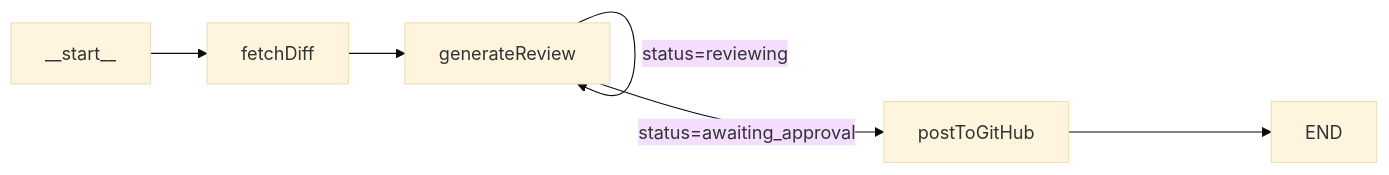
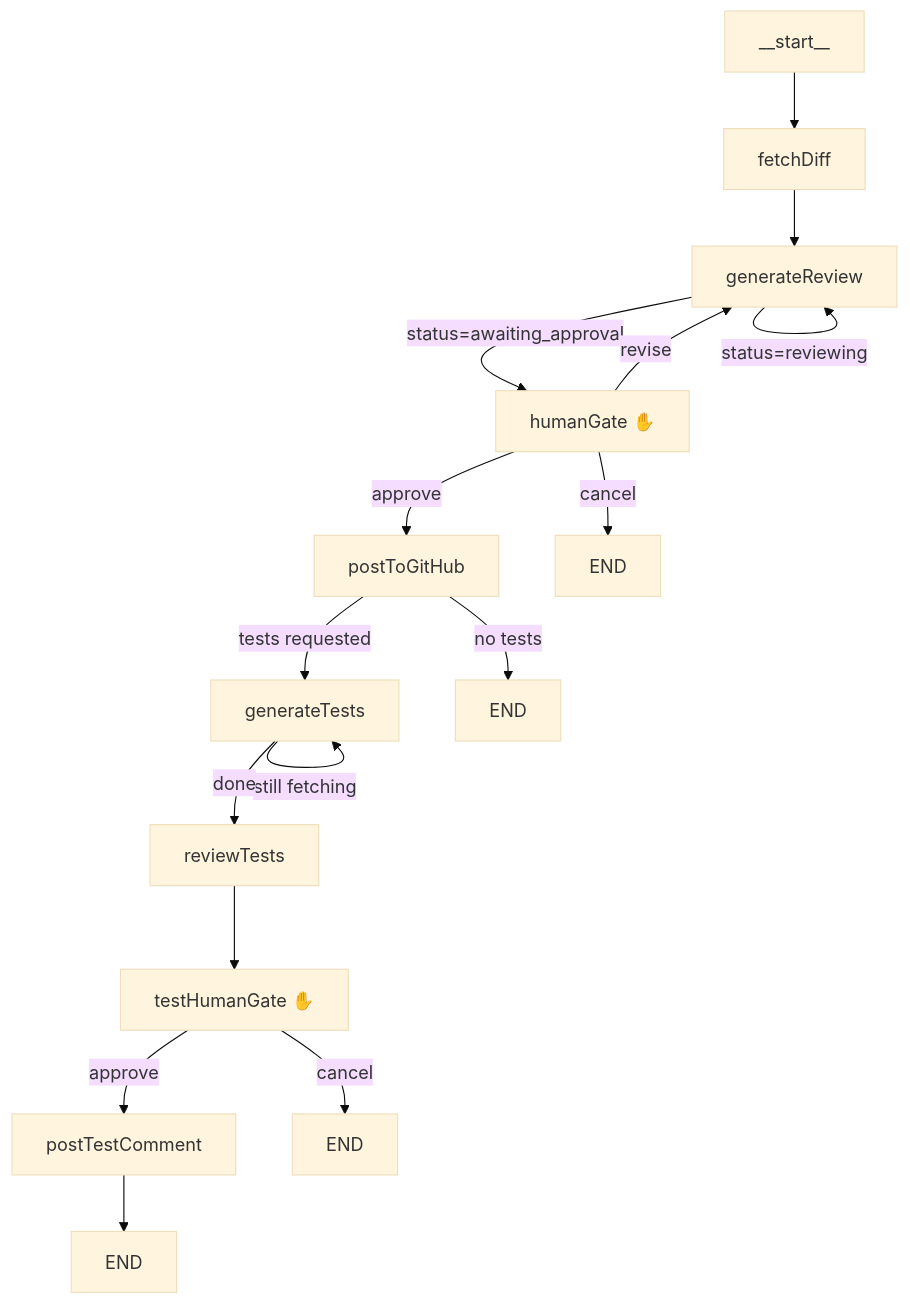
Before and after one commit to pahakrai/aptview: the diagram in docs/reviews.md, drawn with Mermaid (base theme). The commit also changed other lines of this file and 1 other file, not shown here.

````diff
--- a/docs/reviews.md
+++ b/docs/reviews.md
@@ -33,8 +63,18 @@
 ```mermaid
-graph LR
+graph TD
     START[__start__] --> FD[fetchDiff]
     FD --> GR[generateReview]
     GR -- "status=reviewing" --> GR
-    GR -- "status=awaiting_approval" --> PTG[postToGitHub]
-    PTG --> END
+    GR -- "status=awaiting_approval" --> HG[humanGate ✋]
+    HG -- "approve" --> PTG[postToGitHub]
+    HG -- "revise" --> GR
+    HG -- "cancel" --> END1[END]
+    PTG -- "tests requested" --> GT[generateTests]
+    PTG -- "no tests" --> END2[END]
+    GT -- "still fetching" --> GT
+    GT -- "done" --> RT[reviewTests]
+    RT --> THG[testHumanGate ✋]
+    THG -- "approve" --> PTC[postTestComment]
+    THG -- "cancel" --> END3[END]
+    PTC --> END4[END]
 ```
````
